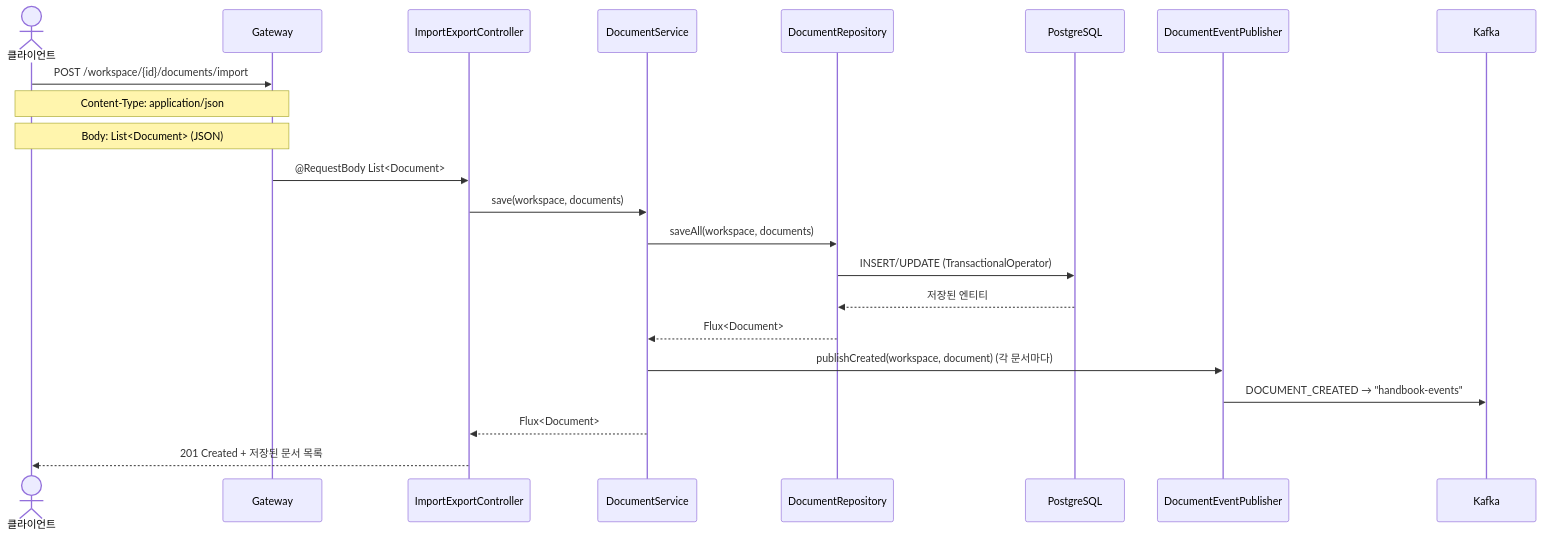
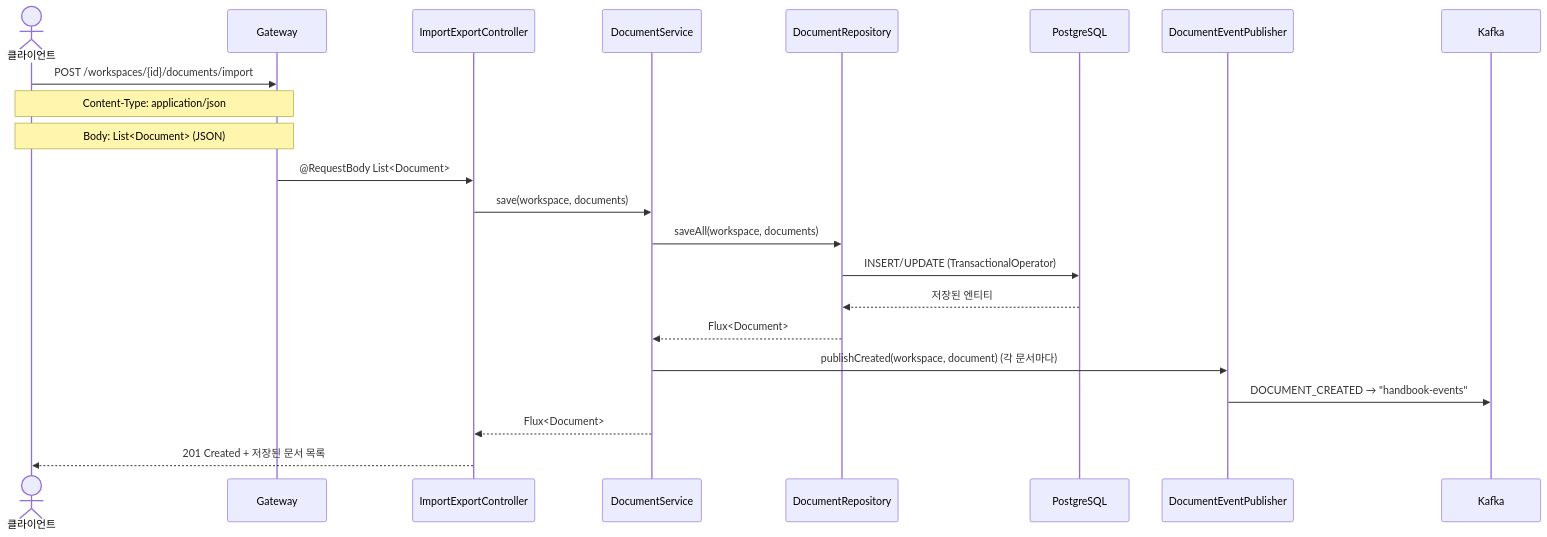
One commit to sayaya1090/handbook changed the fourth of 6 diagrams in document-command/USECASE.md. Above: the diagram before and after it, drawn with Mermaid. The commit also changed other lines of this file and 58 other files, not shown here.

````diff
--- a/document-command/USECASE.md
+++ b/document-command/USECASE.md
@@ -112,25 +112,25 @@
 ```mermaid
 sequenceDiagram
     actor Client as 클라이언트
     participant GW as Gateway
     participant Ctrl as ImportExportController
     participant Svc as DocumentService
     participant Repo as DocumentRepository
     participant DB as PostgreSQL
     participant Pub as DocumentEventPublisher
     participant Kafka as Kafka
 
-    Client->>GW: POST /workspace/{id}/documents/import
+    Client->>GW: POST /workspaces/{id}/documents/import
     Note over Client,GW: Content-Type: application/json
     Note over Client,GW: Body: List<Document> (JSON)
     GW->>Ctrl: @RequestBody List<Document>
     Ctrl->>Svc: save(workspace, documents)
     Svc->>Repo: saveAll(workspace, documents)
     Repo->>DB: INSERT/UPDATE (TransactionalOperator)
     DB-->>Repo: 저장된 엔티티
     Repo-->>Svc: Flux<Document>
     Svc->>Pub: publishCreated(workspace, document) (각 문서마다)
     Pub->>Kafka: DOCUMENT_CREATED → "handbook-events"
     Svc-->>Ctrl: Flux<Document>
     Ctrl-->>Client: 201 Created + 저장된 문서 목록
 ```
````
